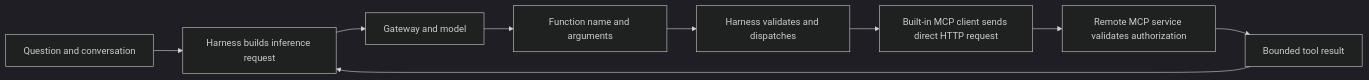
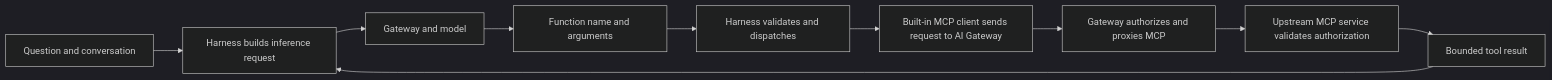
Before and after one commit to cdot65/prisma-airs-reference-architecture: the first of 2 diagrams in docs/harness.md, drawn with Mermaid (dark theme). The commit also changed other lines of this file and 15 other files, not shown here.

Commit message:
Align all lessons and labs with required gateway MCP and alpha14 status

````diff
--- a/docs/harness.md
+++ b/docs/harness.md
@@ -17,13 +17,14 @@
 ```mermaid
 flowchart LR
     accTitle: The harness execution loop
     accDescr: The harness sends tool definitions to the model through the gateway, dispatches returned function calls to MCP, and includes bounded results in the next inference request.
     question["Question and conversation"] --> request["Harness builds inference request"]
     request --> gateway["Gateway and model"]
     gateway --> functionCall["Function name and arguments"]
     functionCall --> dispatch["Harness validates and dispatches"]
-    dispatch --> client["Built-in MCP client sends direct HTTP request"]
-    client --> mcp["Remote MCP service validates authorization"]
+    dispatch --> client["Built-in MCP client sends request to AI Gateway"]
+    client --> mcpGateway["Gateway authorizes and proxies MCP"]
+    mcpGateway --> mcp["Upstream MCP service validates authorization"]
     mcp --> result["Bounded tool result"]
     result --> request
 ```
````
